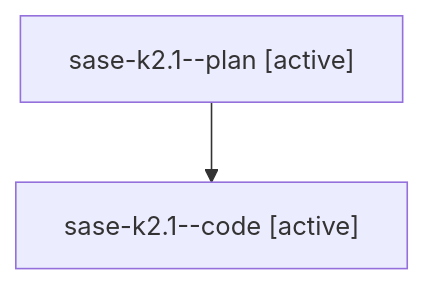
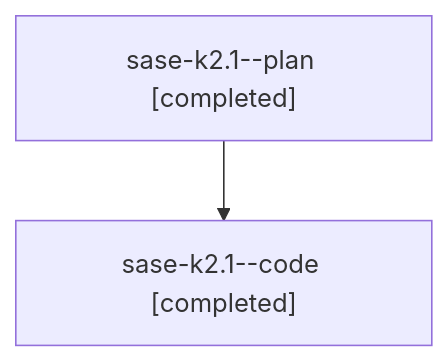
Before and after one commit to sase-org/sase--agents: the diagram in families/bbugyi200.athena.sase-k2.1.md, drawn with Mermaid. The commit also changed other lines of this file and 47 other files, not shown here.

````diff
--- a/families/bbugyi200.athena.sase-k2.1.md
+++ b/families/bbugyi200.athena.sase-k2.1.md
@@ -9,6 +9,6 @@
 ```mermaid
 flowchart TD
-  n0["sase-k2.1--plan [active]"]
-  n1["sase-k2.1--code [active]"]
+  n0["sase-k2.1--plan [completed]"]
+  n1["sase-k2.1--code [completed]"]
   n0 --> n1
 ```
````
